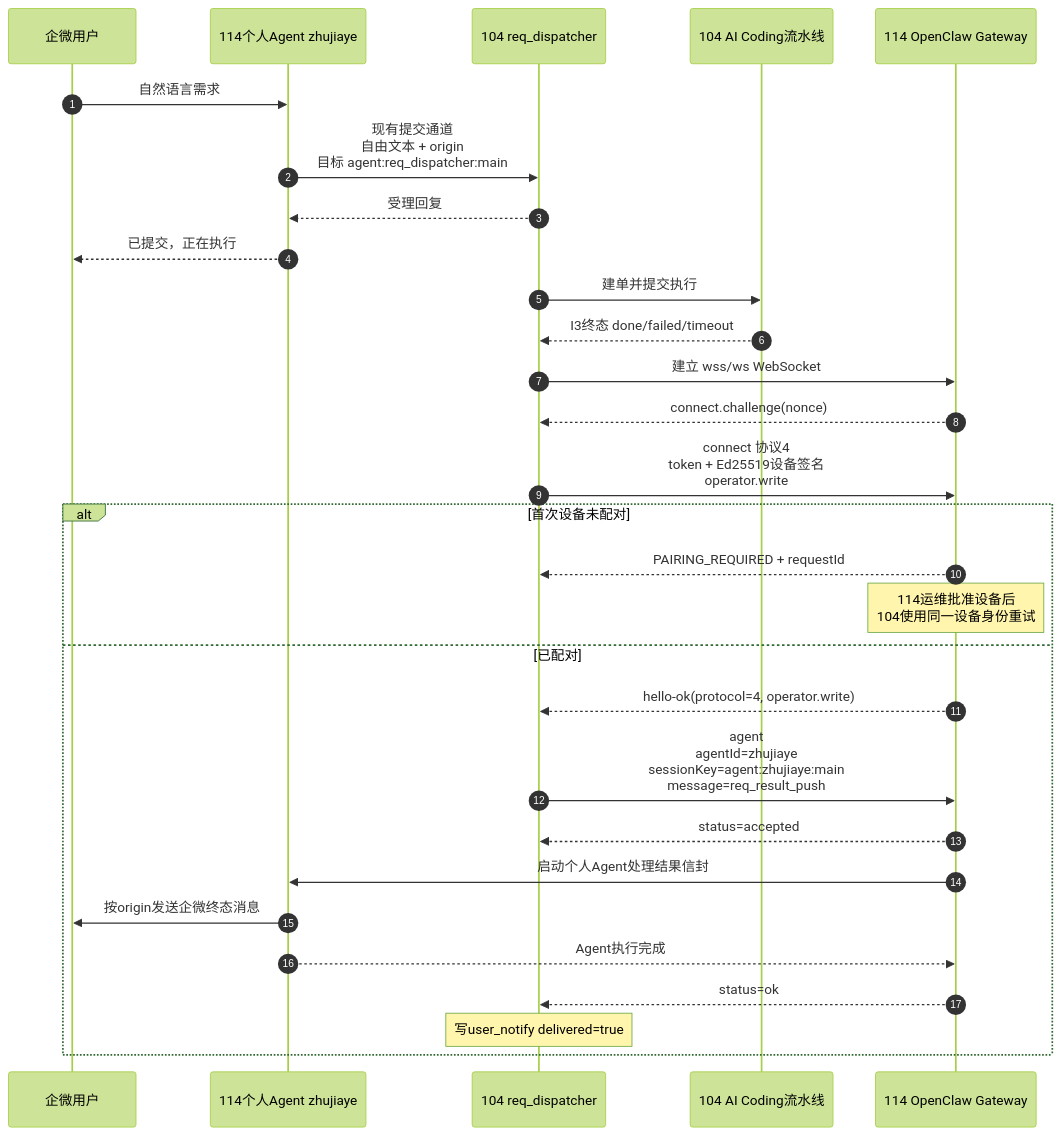
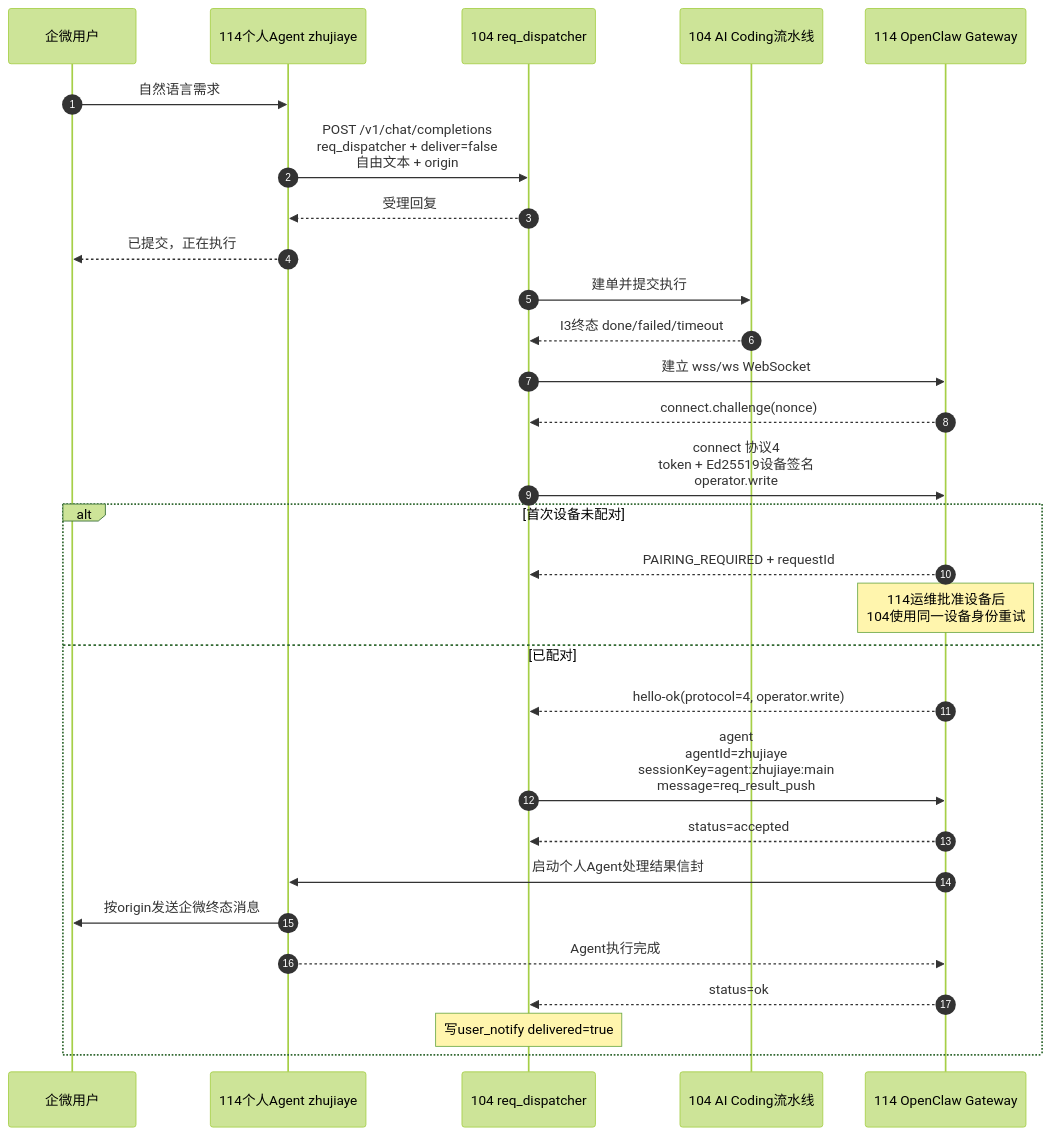
One commit to YCyberNexus/MyOpenClawAgents changed the second of 2 diagrams in docs/blue-zone-infrastructure/openclaw-104-114-communication-contract.md. Above: the diagram before and after it, drawn with Mermaid (forest theme). The commit also changed other lines of this file and 3 other files, not shown here.

````diff
--- a/docs/blue-zone-infrastructure/openclaw-104-114-communication-contract.md
+++ b/docs/blue-zone-infrastructure/openclaw-104-114-communication-contract.md
@@ -328,34 +380,34 @@
 ```mermaid
 sequenceDiagram
     autonumber
     participant U as 企微用户
     participant A as 114个人Agent zhujiaye
     participant D as 104 req_dispatcher
     participant P as 104 AI Coding流水线
     participant G as 114 OpenClaw Gateway
 
     U->>A: 自然语言需求
-    A->>D: 现有提交通道<br/>自由文本 + origin<br/>目标 agent:req_dispatcher:main
+    A->>D: POST /v1/chat/completions<br/>req_dispatcher + deliver=false<br/>自由文本 + origin
     D-->>A: 受理回复
     A-->>U: 已提交，正在执行
     D->>P: 建单并提交执行
     P-->>D: I3终态 done/failed/timeout
 
     D->>G: 建立 wss/ws WebSocket
     G-->>D: connect.challenge(nonce)
     D->>G: connect 协议4<br/>token + Ed25519设备签名<br/>operator.write
 
     alt 首次设备未配对
         G-->>D: PAIRING_REQUIRED + requestId
         Note over G: 114运维批准设备后<br/>104使用同一设备身份重试
     else 已配对
         G-->>D: hello-ok(protocol=4, operator.write)
         D->>G: agent<br/>agentId=zhujiaye<br/>sessionKey=agent:zhujiaye:main<br/>message=req_result_push
         G-->>D: status=accepted
         G->>A: 启动个人Agent处理结果信封
         A->>U: 按origin发送企微终态消息
         A-->>G: Agent执行完成
         G-->>D: status=ok
         Note over D: 写user_notify delivered=true
     end
 ```
````
